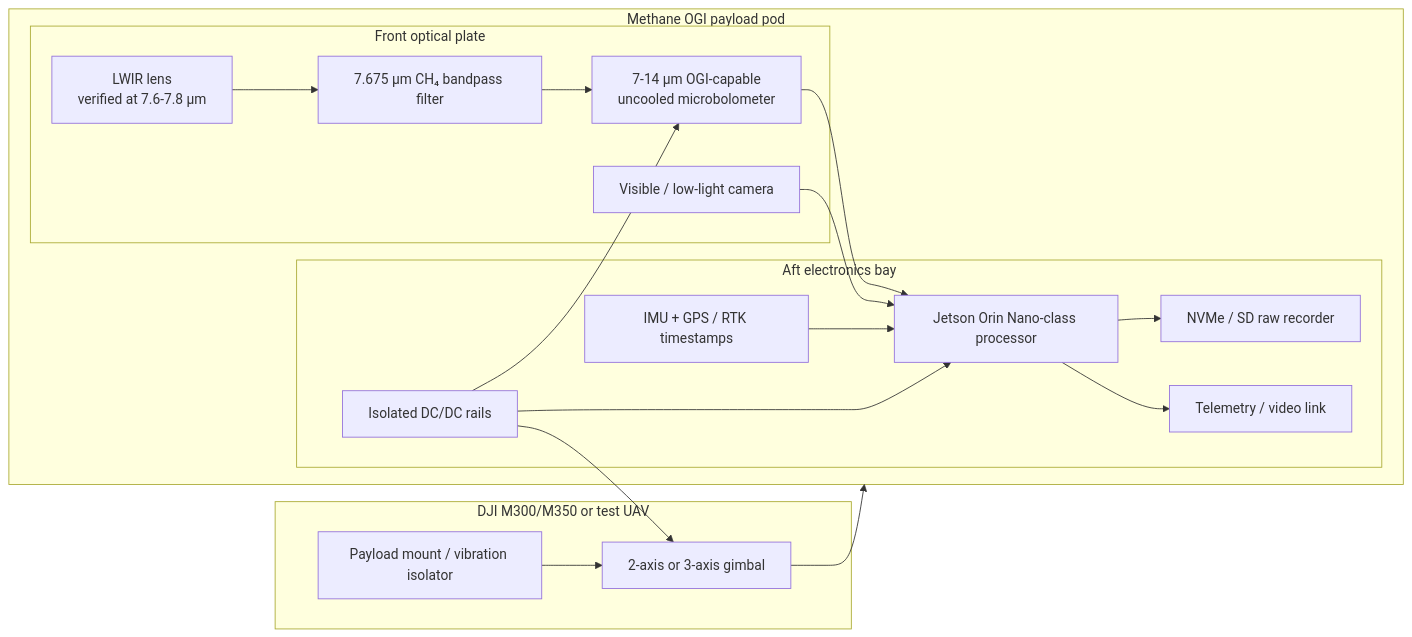
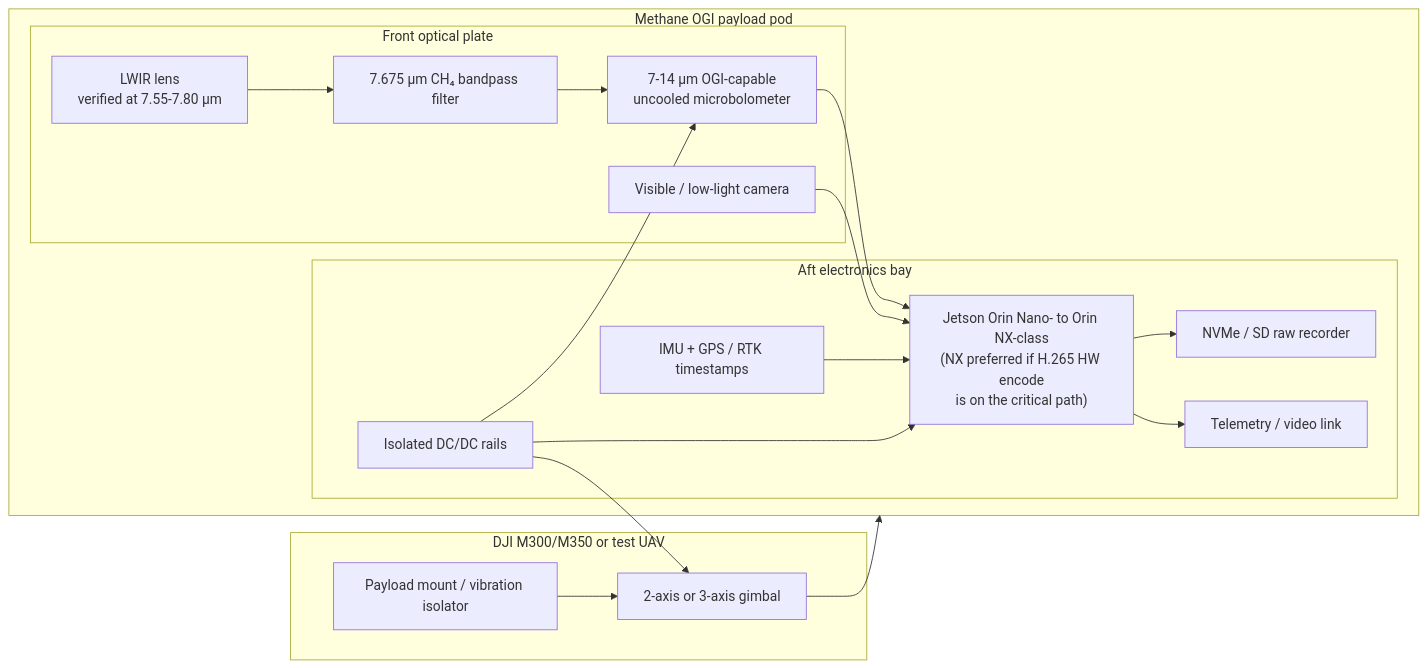
One commit to feniix/ir-gas-detection-payload changed the second of 5 diagrams in docs/prototype-methane-ogi-payload.md. Above: the diagram before and after it, drawn with Mermaid. The commit also changed other lines of this file, not shown here.

First line of the commit message:
docs(prototype): align with report §6.1 filter passband and §8.4 Jetson scope

````diff
--- a/docs/prototype-methane-ogi-payload.md
+++ b/docs/prototype-methane-ogi-payload.md
@@ -54,34 +54,34 @@
 ```mermaid
 flowchart LR
   subgraph Airframe["DJI M300/M350 or test UAV"]
     Mount["Payload mount / vibration isolator"]
     Gimbal["2-axis or 3-axis gimbal"]
   end
 
   subgraph Pod["Methane OGI payload pod"]
     subgraph Front["Front optical plate"]
       RGB["Visible / low-light camera"]
-      Lens["LWIR lens\nverified at 7.6-7.8 µm"]
+      Lens["LWIR lens\nverified at 7.55-7.80 µm"]
       Filter["7.675 µm CH₄ bandpass filter"]
       Det["7-14 µm OGI-capable\nuncooled microbolometer"]
     end
 
     subgraph Aft["Aft electronics bay"]
-      Jetson["Jetson Orin Nano-class processor"]
+      Jetson["Jetson Orin Nano- to Orin NX-class\n(NX preferred if H.265 HW encode\nis on the critical path)"]
       Store["NVMe / SD raw recorder"]
       IMU["IMU + GPS / RTK timestamps"]
       Power["Isolated DC/DC rails"]
       Radio["Telemetry / video link"]
     end
   end
 
   Mount --> Gimbal --> Pod
   Lens --> Filter --> Det --> Jetson
   RGB --> Jetson
   IMU --> Jetson
   Jetson --> Store
   Jetson --> Radio
   Power --> Jetson
   Power --> Det
   Power --> Gimbal
 ```
````
